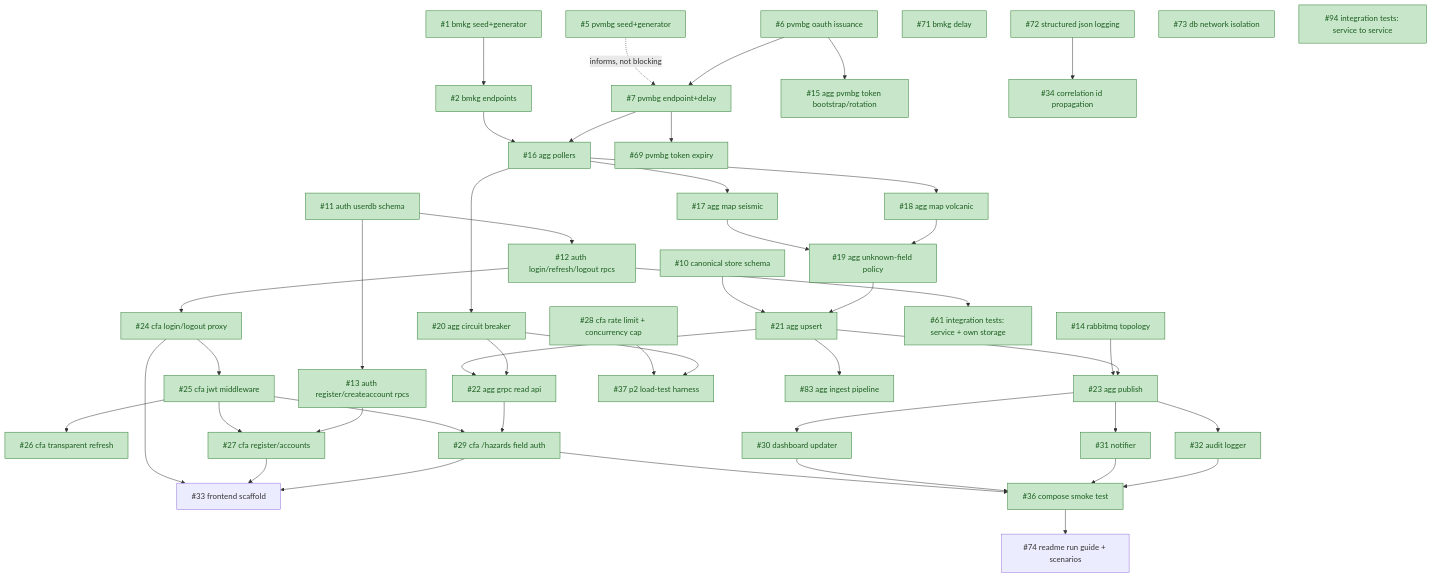
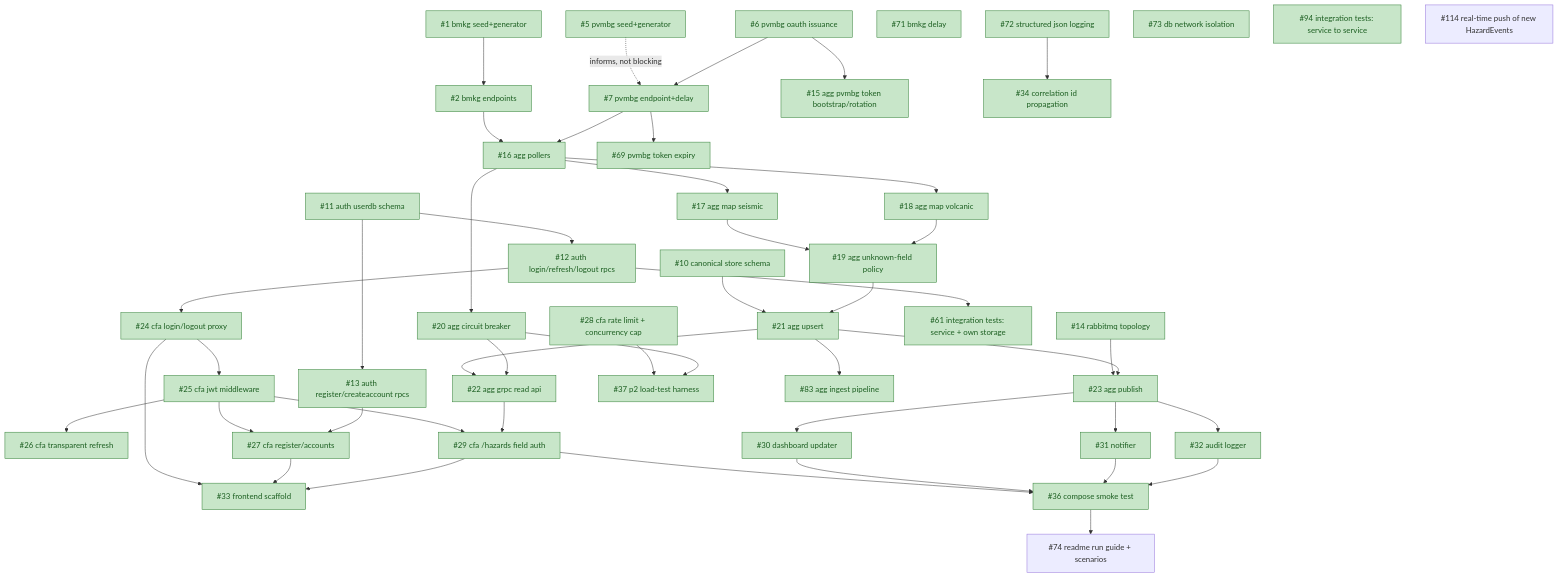
The diagram in doc/BACKLOG_DEPENDENCIES.md (brii26/distributed-hazard-coordination), drawn with Mermaid before and after one commit. The commit also changed other lines of this file and 49 other files, not shown here.

````diff
--- a/doc/BACKLOG_DEPENDENCIES.md
+++ b/doc/BACKLOG_DEPENDENCIES.md
@@ -18,63 +18,64 @@
 ```mermaid
 graph TD
   1["#1 bmkg seed+generator"] --> 2["#2 bmkg endpoints"]
   5["#5 pvmbg seed+generator"] -.->|informs, not blocking| 7
 
   6["#6 pvmbg oauth issuance"] --> 15["#15 agg pvmbg token bootstrap/rotation"]
   6 --> 7["#7 pvmbg endpoint+delay"]
   7 --> 69["#69 pvmbg token expiry"]
 
   2 --> 16["#16 agg pollers"]
   7 --> 16
   16 --> 17["#17 agg map seismic"]
   16 --> 18["#18 agg map volcanic"]
   16 --> 20["#20 agg circuit breaker"]
   17 --> 19["#19 agg unknown-field policy"]
   18 --> 19
 
   10["#10 canonical store schema"] --> 21["#21 agg upsert"]
   19 --> 21
   21 --> 22["#22 agg grpc read api"]
   20 --> 22
 
   14["#14 rabbitmq topology"] --> 23["#23 agg publish"]
   21 --> 23
   21 --> 83["#83 agg ingest pipeline"]
 
   11["#11 auth userdb schema"] --> 12["#12 auth login/refresh/logout rpcs"]
   11 --> 13["#13 auth register/createaccount rpcs"]
 
   12 --> 24["#24 cfa login/logout proxy"]
   12 --> 61["#61 integration tests: service + own storage"]
   24 --> 25["#25 cfa jwt middleware"]
   25 --> 26["#26 cfa transparent refresh"]
   25 --> 27["#27 cfa register/accounts"]
   13 --> 27
   25 --> 29["#29 cfa /hazards field auth"]
   22 --> 29
 
   23 --> 30["#30 dashboard updater"]
   23 --> 31["#31 notifier"]
   23 --> 32["#32 audit logger"]
 
   24 --> 33["#33 frontend scaffold"]
   27 --> 33
   29 --> 33
 
   29 --> 36["#36 compose smoke test"]
   30 --> 36
   31 --> 36
   32 --> 36
 
   28["#28 cfa rate limit + concurrency cap"] --> 37["#37 p2 load-test harness"]
   20 --> 37
 
   72["#72 structured json logging"] --> 34["#34 correlation id propagation"]
   36 --> 74["#74 readme run guide + scenarios"]
   71["#71 bmkg delay"]
   73["#73 db network isolation"]
   94["#94 integration tests: service to service"]
+  114["#114 real-time push of new HazardEvents"]
 
   classDef done fill:#c8e6c9,stroke:#2e7d32,color:#1b5e20
-  class 1,2,5,6,7,10,11,12,13,14,15,16,17,18,19,20,21,22,23,24,25,26,27,28,29,30,31,32,34,35,36,37,61,69,71,72,73,83,94 done
+  class 1,2,5,6,7,10,11,12,13,14,15,16,17,18,19,20,21,22,23,24,25,26,27,28,29,30,31,32,33,34,35,36,37,61,69,71,72,73,83,94 done
 ```
````
